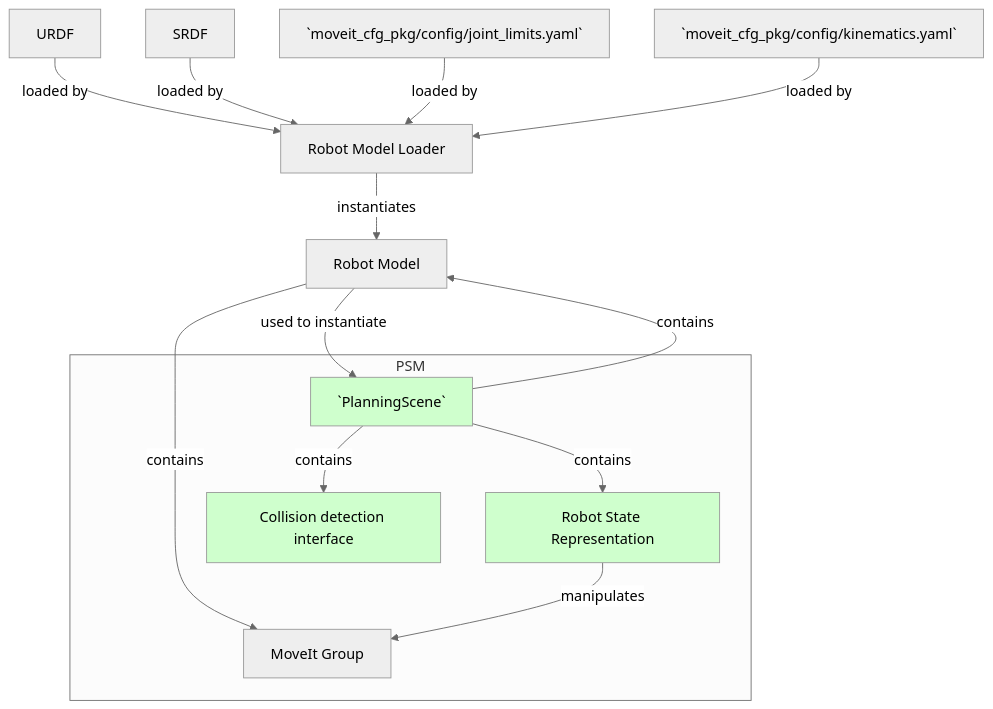
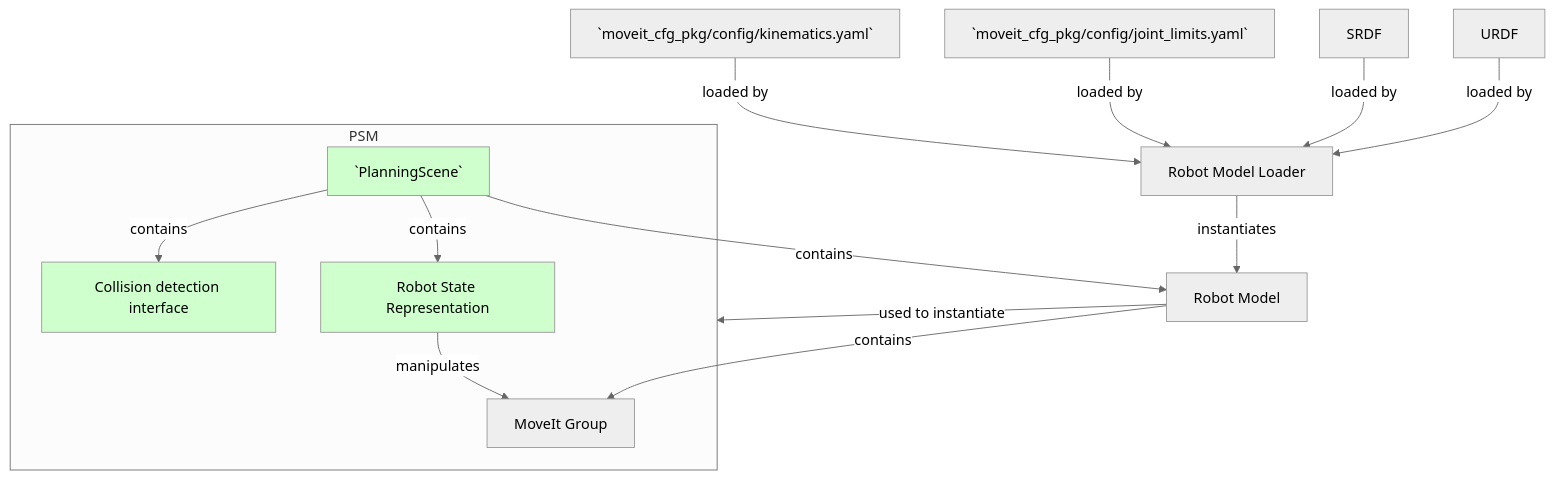
Before and after one commit to rafaelrojasmiliani/moveit_tutorial: the second of 2 diagrams in 02_planning_scene/readme.md, drawn with Mermaid (neutral theme).

````diff
--- a/02_planning_scene/readme.md
+++ b/02_planning_scene/readme.md
@@ -107,19 +107,19 @@
 ```mermaid
 graph TD;
     URDF -- loaded by --> RML[Robot Model Loader];
     SRDF -- loaded by --> RML;
     J[`moveit_cfg_pkg/config/joint_limits.yaml`] -- loaded by --> RML;
     K[`moveit_cfg_pkg/config/kinematics.yaml`] -- loaded by --> RML;
     RML -- instantiates --> RM[Robot Model];
     RM -- contains --> MG[MoveIt Group];
     PS[`PlanningScene`] -- contains --> RM;
-    RM -- used to instantiate --> PS;
     subgraph PSM
     PS -- contains --> RS[Robot State Representation];
     PS -- contains --> CD[Collision detection interface];
     RS -- manipulates --> MG;
     end
+    RM -- used to instantiate --> PSM;
     style PS fill:#CFFFCD;
     style RS fill:#CFFFCD;
     style CD fill:#CFFFCD;
 ```
````
